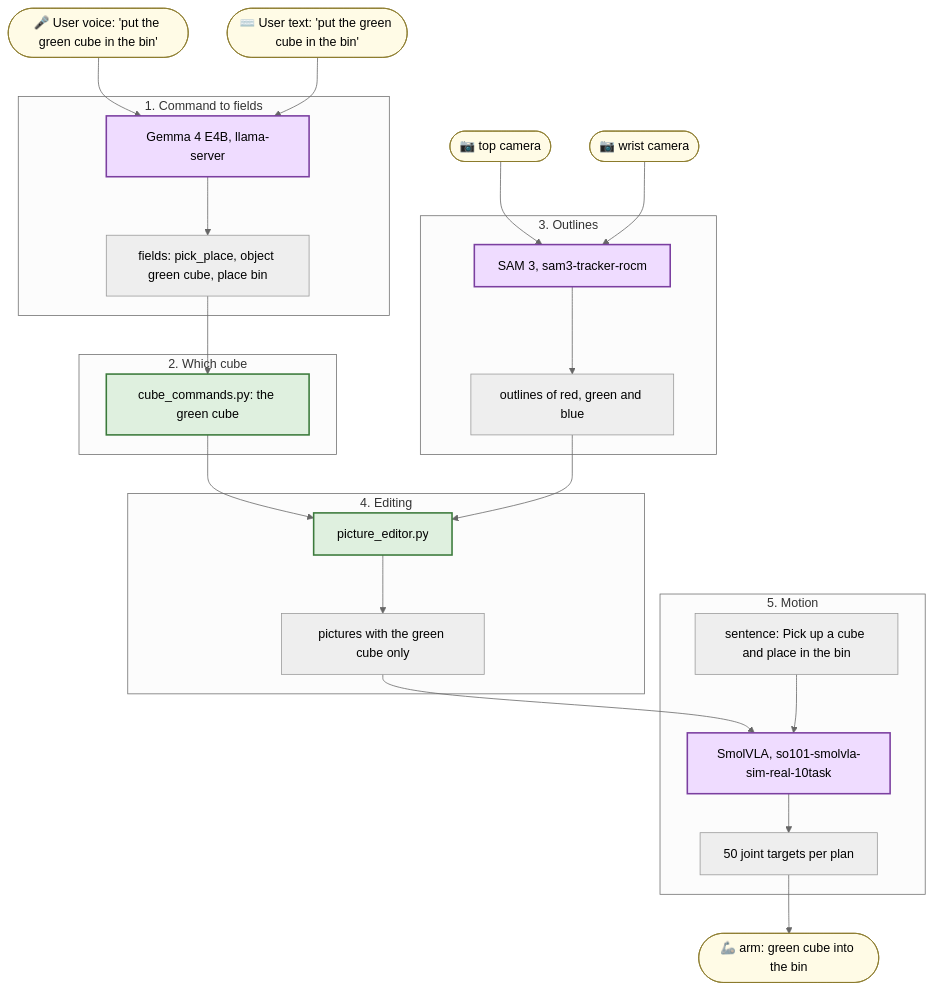
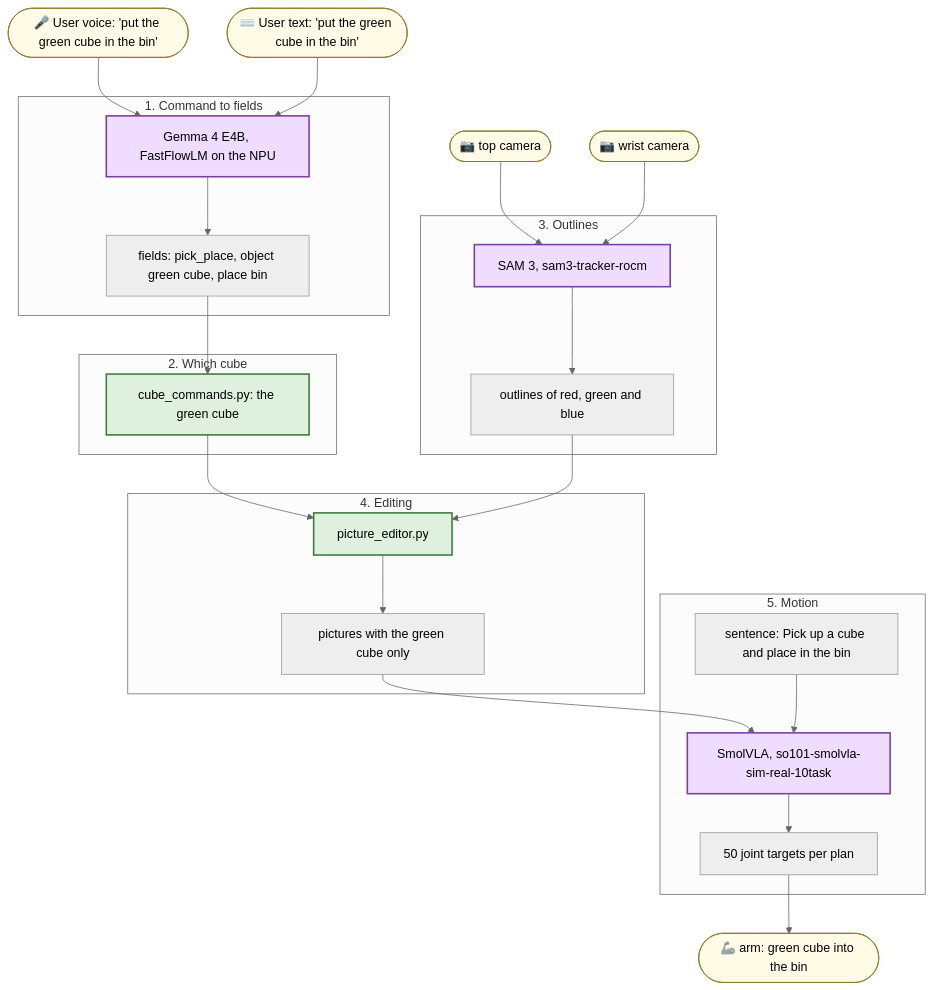
The diagram in workshops/so101-smolvla/README.md (ThomasGmeinder/embedded-x86-ai), drawn with Mermaid (neutral theme) before and after one commit. The commit also changed other lines of this file and 4 other files, not shown here.

First line of the commit message:
docs(so101): Gemma on the NPU, the Configuration section, the ledgers and the mistake journal

````diff
--- a/workshops/so101-smolvla/README.md
+++ b/workshops/so101-smolvla/README.md
@@ -38,34 +38,34 @@
 ```mermaid
 flowchart TD
   UV(["🎤 User voice: 'put the green cube in the bin'"]):::input
   UT(["⌨️ User text: 'put the green cube in the bin'"]):::input
   subgraph S1 ["1. Command to fields"]
-    G["Gemma 4 E4B, llama-server"]:::model --> F["fields: pick_place, object green cube, place bin"]
+    G["Gemma 4 E4B, FastFlowLM on the NPU"]:::model --> F["fields: pick_place, object green cube, place bin"]
   end
   UV --> G
   UT --> G
   subgraph S2 ["2. Which cube"]
     F --> C["cube_commands.py: the green cube"]:::program
   end
   T(["📷 top camera"]):::input
   W(["📷 wrist camera"]):::input
   subgraph S3 ["3. Outlines"]
     M["SAM 3, sam3-tracker-rocm"]:::model --> O["outlines of red, green and blue"]
   end
   T --> M
   W --> M
   subgraph S4 ["4. Editing"]
     C --> E["picture_editor.py"]:::program
     O --> E
     E --> P["pictures with the green cube only"]
   end
   subgraph S5 ["5. Motion"]
     P --> VLA["SmolVLA, so101-smolvla-sim-real-10task"]:::model
     X["sentence: Pick up a cube and place in the bin"] --> VLA
     VLA --> J["50 joint targets per plan"]
   end
   J --> A(["🦾 arm: green cube into the bin"]):::input
   classDef model fill:#efdcff,stroke:#7b3fa0,stroke-width:2px,color:#000
   classDef program fill:#dff0df,stroke:#3b7a3b,stroke-width:2px,color:#000
   classDef input fill:#fffbe6,stroke:#8a7a2a,color:#000
 ```
````
